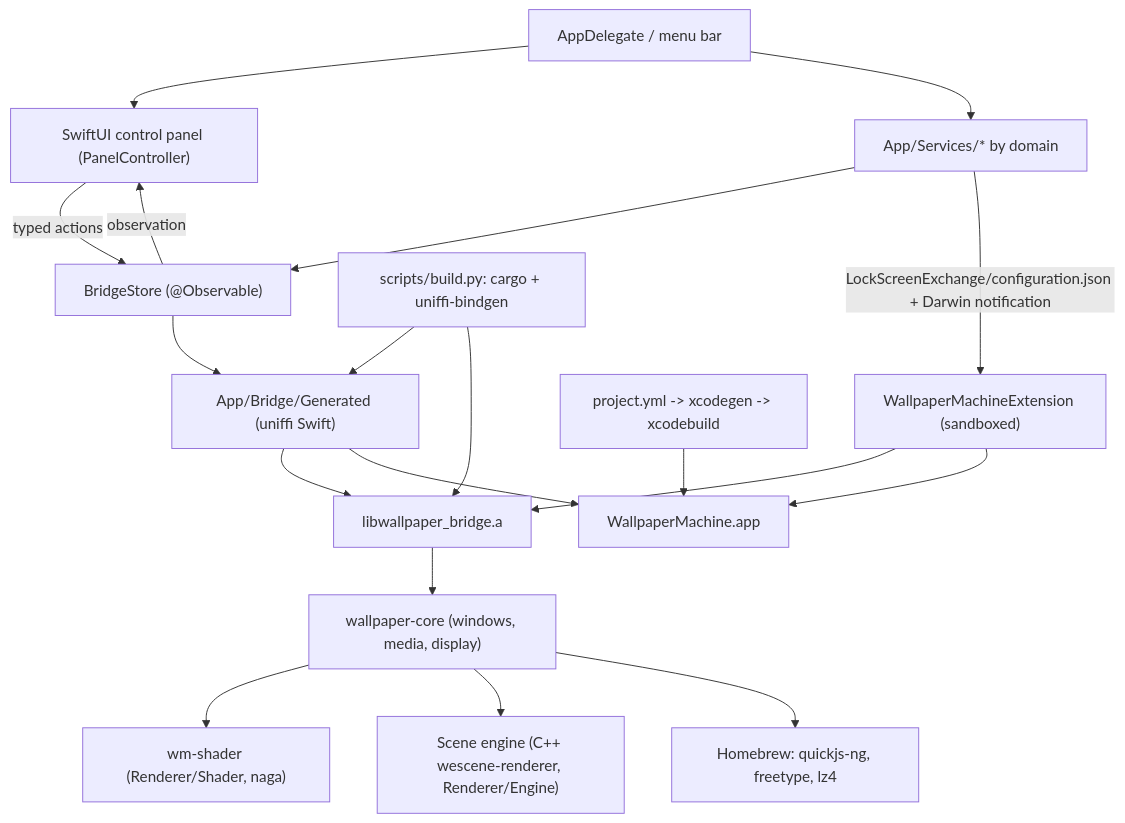
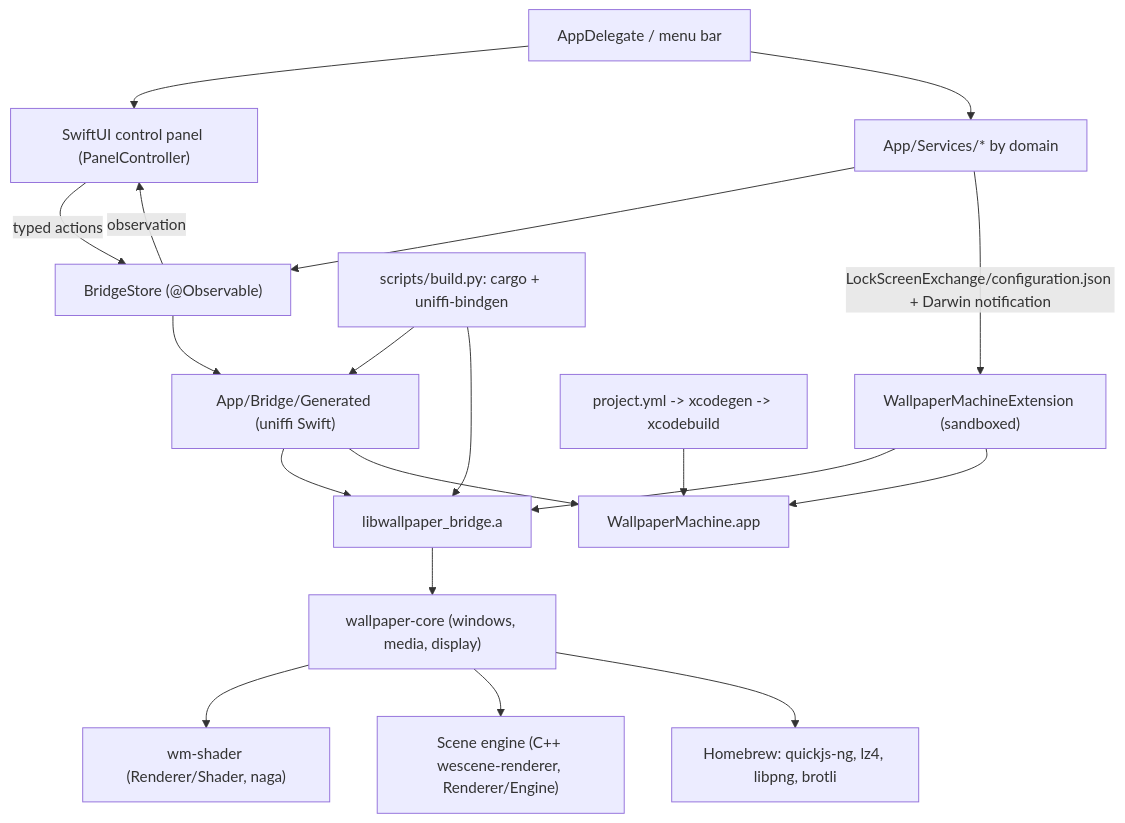
Before and after one commit to TheNightlyGod/WallpaperMachine-intel: the diagram in docs/architecture.md, drawn with Mermaid. The commit also changed other lines of this file and 578 other files, not shown here.

````diff
--- a/docs/architecture.md
+++ b/docs/architecture.md
@@ -14,21 +14,21 @@
 ```mermaid
 flowchart TD
   Shell["AppDelegate / menu bar"] --> Panel["SwiftUI control panel (PanelController)"]
   Panel -->|"typed actions"| Store["BridgeStore (@Observable)"]
   Store -->|"observation"| Panel
   Shell --> Services["App/Services/* by domain"]
   Services --> Store
   Store --> Generated["App/Bridge/Generated (uniffi Swift)"]
   Generated --> BridgeLib["libwallpaper_bridge.a"]
   BridgeLib --> Core["wallpaper-core (windows, media, display)"]
   Core --> Shader["wm-shader (Renderer/Shader, naga)"]
   Core --> OWE["Scene engine (C++ wescene-renderer, Renderer/Engine)"]
-  Core --> Brew["Homebrew: quickjs-ng, freetype, lz4"]
+  Core --> Brew["Homebrew: quickjs-ng, lz4, libpng, brotli"]
   Services -->|"LockScreenExchange/configuration.json + Darwin notification"| Ext["WallpaperMachineExtension (sandboxed)"]
   Ext --> BridgeLib
   Cargo["scripts/build.py: cargo + uniffi-bindgen"] --> Generated
   Cargo --> BridgeLib
   XcodeGen["project.yml -> xcodegen -> xcodebuild"] --> App["WallpaperMachine.app"]
   Generated --> App
   Ext --> App
 ```
````
